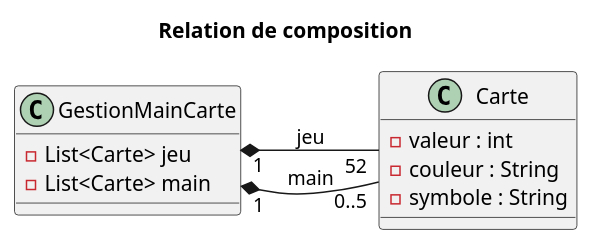
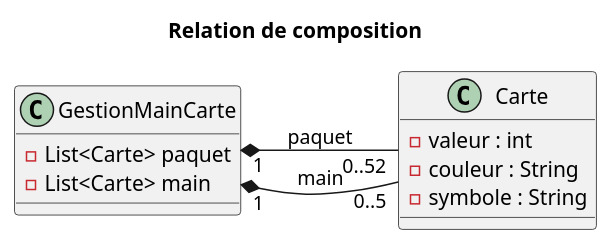
The diagram in Cours 03/Cartes.puml (alexleclerc1/poo-h2026), drawn with PlantUML before and after one commit. The commit also changed 2 other files, not shown here.

```diff
--- a/Cours 03/Cartes.puml
+++ b/Cours 03/Cartes.puml
@@ -1,19 +1,19 @@
 @startuml Composition
 title Relation de composition
 
 class GestionMainCarte {
-  - List<Carte> jeu
+  - List<Carte> paquet
   - List<Carte> main
 }
 
 class Carte {
   - valeur : int
   - couleur : String
   - symbole : String
 }
 
-GestionMainCarte "1" *-- "52" Carte : jeu
+GestionMainCarte "1" *-- "0..52" Carte : paquet
 GestionMainCarte "1" *-- "0..5" Carte : main
 left to right direction
 
 @enduml
```
